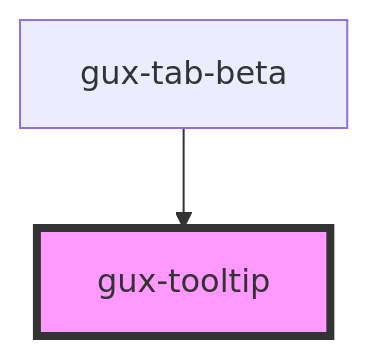
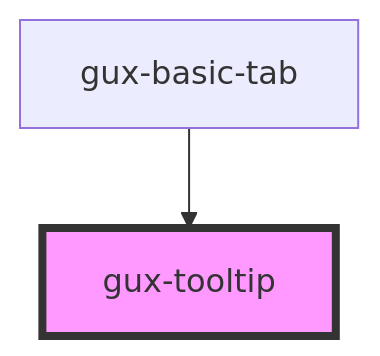
The diagram in src/components/stable/gux-tooltip/readme.md (Retsam/genesys-webcomponents), drawn with Mermaid before and after one commit. The commit also changed other lines of this file and 40 other files, not shown here.

Commit message:
chore(gux-basic-tabs): making a POC of the basic tabs component

````diff
--- a/src/components/stable/gux-tooltip/readme.md
+++ b/src/components/stable/gux-tooltip/readme.md
@@ -47,5 +47,5 @@
 ```mermaid
 graph TD;
-  gux-tab-beta --> gux-tooltip
+  gux-basic-tab --> gux-tooltip
   style gux-tooltip fill:#f9f,stroke:#333,stroke-width:4px
 ```
````
